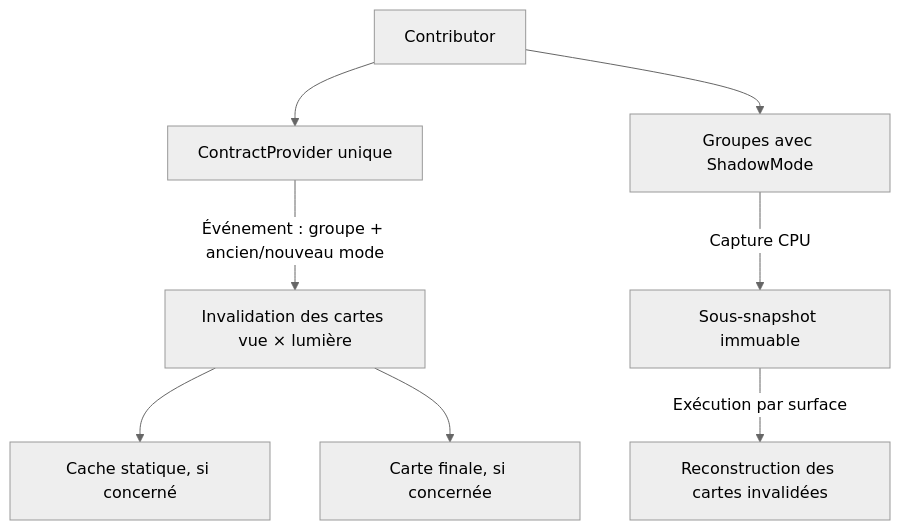
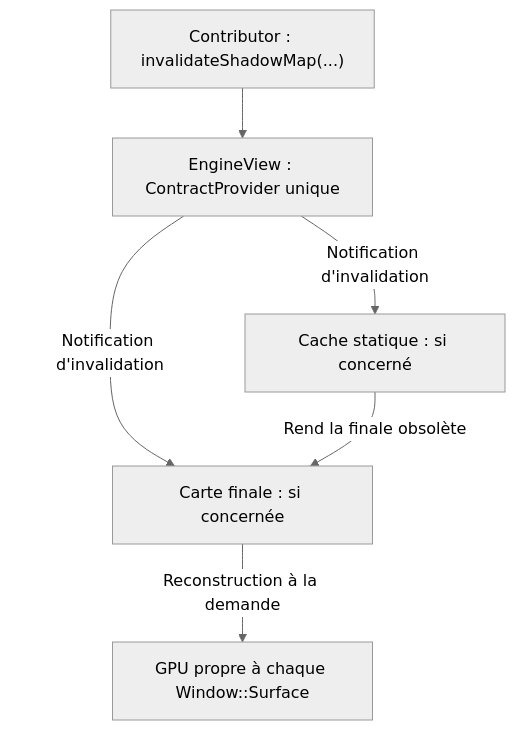
Before and after one commit to EreliaStudio/Sparkle: the tenth of 12 diagrams in docs/voxel-engine-v0.1.4-specification.md, drawn with Mermaid (neutral theme). The commit also changed other lines of this file, not shown here.

Commit message:
docs(v0.1.4): centralize shadow invalidation in one EngineView ContractProvider

````diff
--- a/docs/voxel-engine-v0.1.4-specification.md
+++ b/docs/voxel-engine-v0.1.4-specification.md
@@ -917,10 +921,8 @@
 ```mermaid
 flowchart TD
-  C["Contributor"] --> P["ContractProvider unique"]
-  C --> G["Groupes avec ShadowMode"]
-  P -->|"Événement : groupe + ancien/nouveau mode"| I["Invalidation des cartes vue × lumière"]
-  I --> SM["Cache statique, si concerné"]
-  I --> FM["Carte finale, si concernée"]
-  G -->|"Capture CPU"| S["Sous-snapshot immuable"]
-  S -->|"Exécution par surface"| GPU["Reconstruction des cartes invalidées"]
+  C["Contributor : invalidateShadowMap(...)"] --> V["EngineView : ContractProvider unique"]
+  V -->|"Notification d'invalidation"| S["Cache statique : si concerné"]
+  V -->|"Notification d'invalidation"| F["Carte finale : si concernée"]
+  S -->|"Rend la finale obsolète"| F
+  F -->|"Reconstruction à la demande"| GPU["GPU propre à chaque Window::Surface"]
 ```
````
